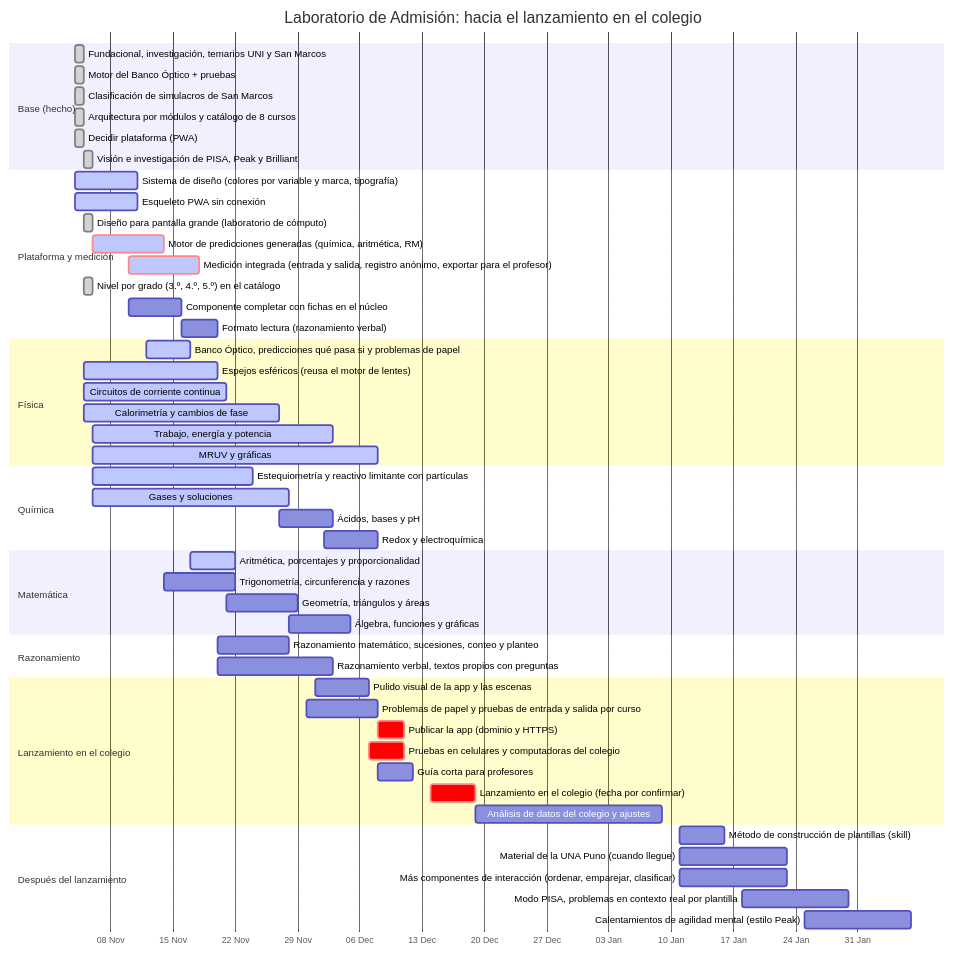
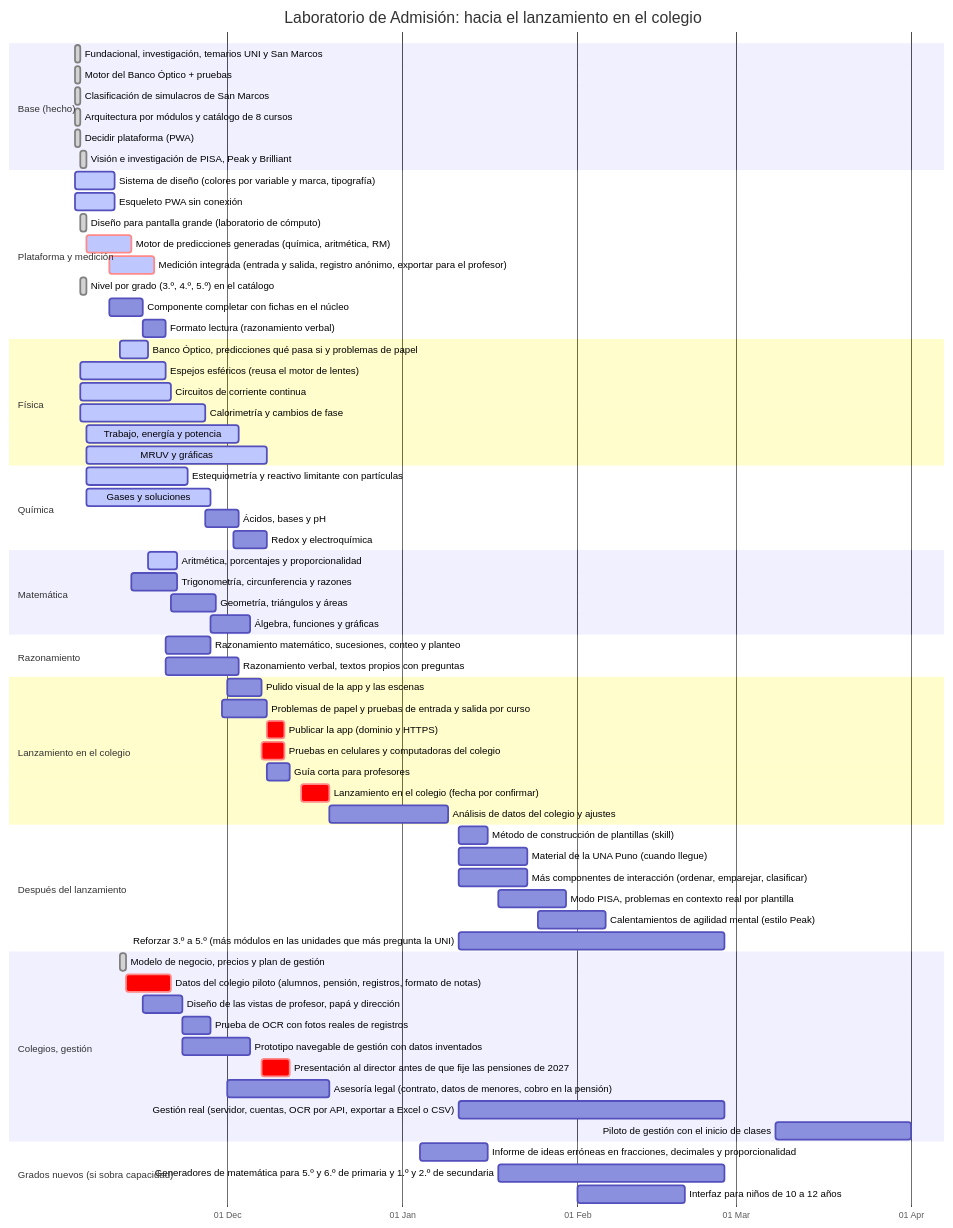
One commit to Eltiokarma/Mesa-de-Estudios changed the diagram in docs/hoja-de-ruta.md. Above: the diagram before and after it, drawn with Mermaid. The commit also changed other lines of this file and 1 other file, not shown here.

Commit message:
Hoja de ruta: gestión para colegios y grados nuevos
Tareas co1 a co10 (prototipo y presentación antes de las pensiones de 2027,
gestión real en verano, piloto en marzo) y gr1 a gr3 (matemática para
primaria alta y 1.º y 2.º de secundaria, solo si sobra capacidad).

Claude-Session: https://claude.ai/code/session_01P39d328Hb22gspaEdStKks

````diff
--- a/docs/hoja-de-ruta.md
+++ b/docs/hoja-de-ruta.md
@@ -53,64 +55,81 @@
 ```mermaid
 gantt
     title Laboratorio de Admisión: hacia el lanzamiento en el colegio
     dateFormat  YYYY-MM-DD
     axisFormat  %d %b
 
     section Base (hecho)
     Fundacional, investigación, temarios UNI y San Marcos :done, f0a, 2026-11-04, 2026-11-05
     Motor del Banco Óptico + pruebas :done, f0b, 2026-11-04, 2026-11-05
     Clasificación de simulacros de San Marcos :done, f0c, 2026-11-04, 2026-11-05
     Arquitectura por módulos y catálogo de 8 cursos :done, f0g, 2026-11-04, 2026-11-05
     Decidir plataforma (PWA) :done, f0d, 2026-11-04, 2026-11-05
     Visión e investigación de PISA, Peak y Brilliant :done, f0h, 2026-11-05, 2026-11-06
 
     section Plataforma y medición
     Sistema de diseño (colores por variable y marca, tipografía) :active, f0e, 2026-11-04, 2026-11-11
     Esqueleto PWA sin conexión :active, f0f, 2026-11-04, 2026-11-11
     Diseño para pantalla grande (laboratorio de cómputo) :done, pl1, 2026-11-05, 2026-11-06
     Motor de predicciones generadas (química, aritmética, RM) :active, crit, pl3, 2026-11-06, 2026-11-14
     Medición integrada (entrada y salida, registro anónimo, exportar para el profesor) :active, crit, pl2, 2026-11-10, 2026-11-18
     Nivel por grado (3.º, 4.º, 5.º) en el catálogo :done, pl5, 2026-11-05, 2026-11-06
     Componente completar con fichas en el núcleo :pl7, 2026-11-10, 2026-11-16
     Formato lectura (razonamiento verbal) :pl4, 2026-11-16, 2026-11-20
 
     section Física
     Banco Óptico, predicciones qué pasa si y problemas de papel :active, fi1, 2026-11-12, 2026-11-17
     Espejos esféricos (reusa el motor de lentes) :active, fi5, 2026-11-05, 2026-11-20
     Circuitos de corriente continua :active, fi2, 2026-11-05, 2026-11-21
     Calorimetría y cambios de fase :active, fi3, 2026-11-05, 2026-11-27
     Trabajo, energía y potencia :active, fi4, 2026-11-06, 2026-12-03
     MRUV y gráficas :active, fi6, 2026-11-06, 2026-12-08
 
     section Química
     Estequiometría y reactivo limitante con partículas :active, qu1, 2026-11-06, 2026-11-24
     Gases y soluciones :active, qu2, 2026-11-06, 2026-11-28
     Ácidos, bases y pH :qu3, 2026-11-27, 2026-12-03
     Redox y electroquímica :qu4, 2026-12-02, 2026-12-08
 
     section Matemática
     Aritmética, porcentajes y proporcionalidad :active, ma4, 2026-11-17, 2026-11-22
     Trigonometría, circunferencia y razones :ma1, 2026-11-14, 2026-11-22
     Geometría, triángulos y áreas :ma2, 2026-11-21, 2026-11-29
     Álgebra, funciones y gráficas :ma3, 2026-11-28, 2026-12-05
 
     section Razonamiento
     Razonamiento matemático, sucesiones, conteo y planteo :ra1, 2026-11-20, 2026-11-28
     Razonamiento verbal, textos propios con preguntas :ra2, 2026-11-20, 2026-12-03
 
     section Lanzamiento en el colegio
     Pulido visual de la app y las escenas :pl6, 2026-12-01, 2026-12-07
     Problemas de papel y pruebas de entrada y salida por curso :la1, 2026-11-30, 2026-12-08
     Publicar la app (dominio y HTTPS) :crit, la3, 2026-12-08, 2026-12-11
     Pruebas en celulares y computadoras del colegio :crit, la2, 2026-12-07, 2026-12-11
     Guía corta para profesores :la4, 2026-12-08, 2026-12-12
     Lanzamiento en el colegio (fecha por confirmar) :crit, la5, 2026-12-14, 2026-12-19
     Análisis de datos del colegio y ajustes :la6, 2026-12-19, 2027-01-09
 
     section Después del lanzamiento
     Método de construcción de plantillas (skill) :f2a, 2027-01-11, 2027-01-16
     Material de la UNA Puno (cuando llegue) :f2c, 2027-01-11, 2027-01-23
     Más componentes de interacción (ordenar, emparejar, clasificar) :f2d, 2027-01-11, 2027-01-23
     Modo PISA, problemas en contexto real por plantilla :f2e, 2027-01-18, 2027-01-30
     Calentamientos de agilidad mental (estilo Peak) :f2f, 2027-01-25, 2027-02-06
+    Reforzar 3.º a 5.º (más módulos en las unidades que más pregunta la UNI) :co10, 2027-01-11, 2027-02-27
+
+    section Colegios, gestión
+    Modelo de negocio, precios y plan de gestión :done, co1, 2026-11-12, 2026-11-13
+    Datos del colegio piloto (alumnos, pensión, registros, formato de notas) :crit, co2, 2026-11-13, 2026-11-21
+    Diseño de las vistas de profesor, papá y dirección :co3, 2026-11-16, 2026-11-23
+    Prueba de OCR con fotos reales de registros :co4, 2026-11-23, 2026-11-28
+    Prototipo navegable de gestión con datos inventados :co5, 2026-11-23, 2026-12-05
+    Presentación al director antes de que fije las pensiones de 2027 :crit, co6, 2026-12-07, 2026-12-12
+    Asesoría legal (contrato, datos de menores, cobro en la pensión) :co7, 2026-12-01, 2026-12-19
+    Gestión real (servidor, cuentas, OCR por API, exportar a Excel o CSV) :co8, 2027-01-11, 2027-02-27
+    Piloto de gestión con el inicio de clases :co9, 2027-03-08, 2027-04-01
+
+    section Grados nuevos (si sobra capacidad)
+    Informe de ideas erróneas en fracciones, decimales y proporcionalidad :gr1, 2027-01-04, 2027-01-16
+    Generadores de matemática para 5.º y 6.º de primaria y 1.º y 2.º de secundaria :gr2, 2027-01-18, 2027-02-27
+    Interfaz para niños de 10 a 12 años :gr3, 2027-02-01, 2027-02-20
 ```
````
